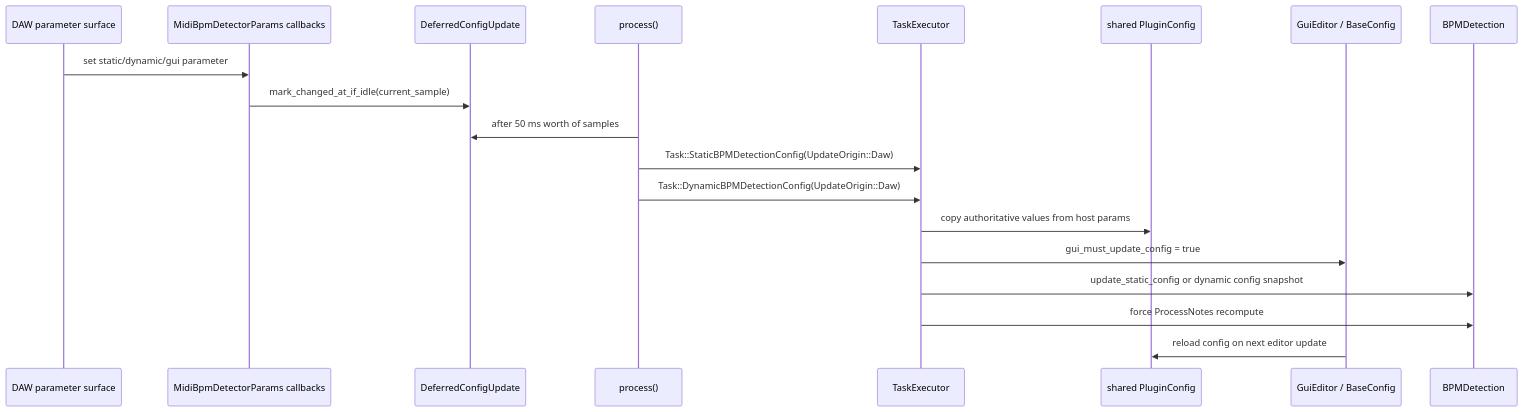
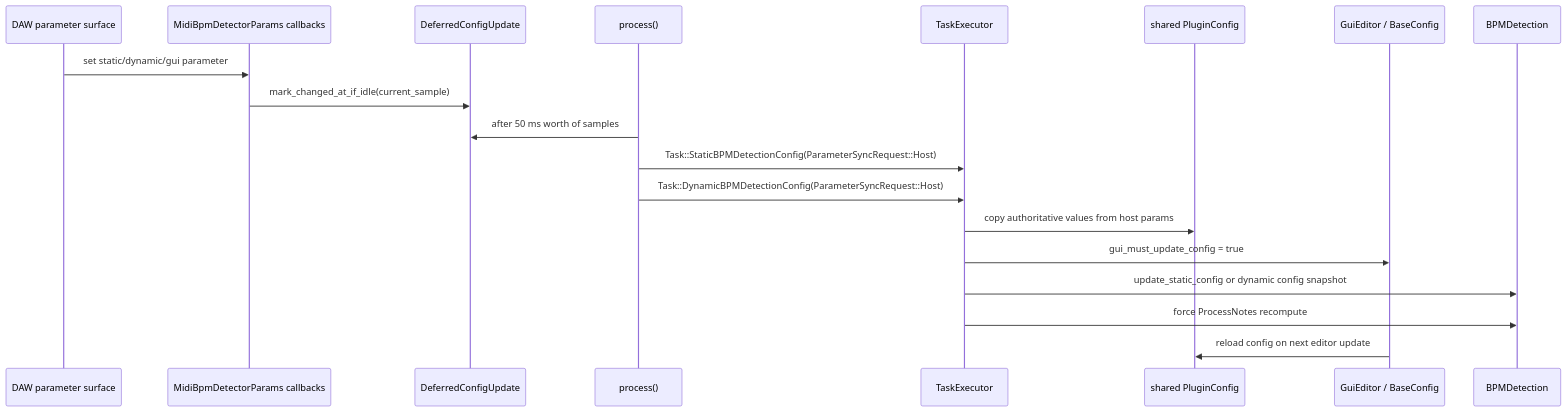
One commit to valsteen/midi_bpm_detection changed the fifth of 11 diagrams in docs/runtime-lifecycle.md. Above: the diagram before and after it, drawn with Mermaid. The commit also changed other lines of this file and 6 other files, not shown here.

Commit message:
Name plugin parameter sync origin

````diff
--- a/docs/runtime-lifecycle.md
+++ b/docs/runtime-lifecycle.md
@@ -197,22 +197,22 @@
 ```mermaid
 sequenceDiagram
     participant Host as DAW parameter surface
     participant Params as MidiBpmDetectorParams callbacks
     participant Marker as DeferredConfigUpdate
     participant Process as process()
     participant Exec as TaskExecutor
     participant Config as shared PluginConfig
     participant Gui as GuiEditor / BaseConfig
     participant Model as BPMDetection
 
     Host->>Params: set static/dynamic/gui parameter
     Params->>Marker: mark_changed_at_if_idle(current_sample)
     Process->>Marker: after 50 ms worth of samples
-    Process->>Exec: Task::StaticBPMDetectionConfig(UpdateOrigin::Daw)
-    Process->>Exec: Task::DynamicBPMDetectionConfig(UpdateOrigin::Daw)
+    Process->>Exec: Task::StaticBPMDetectionConfig(ParameterSyncRequest::Host)
+    Process->>Exec: Task::DynamicBPMDetectionConfig(ParameterSyncRequest::Host)
     Exec->>Config: copy authoritative values from host params
     Exec->>Gui: gui_must_update_config = true
     Exec->>Model: update_static_config or dynamic config snapshot
     Exec->>Model: force ProcessNotes recompute
     Gui->>Config: reload config on next editor update
 ```
````
